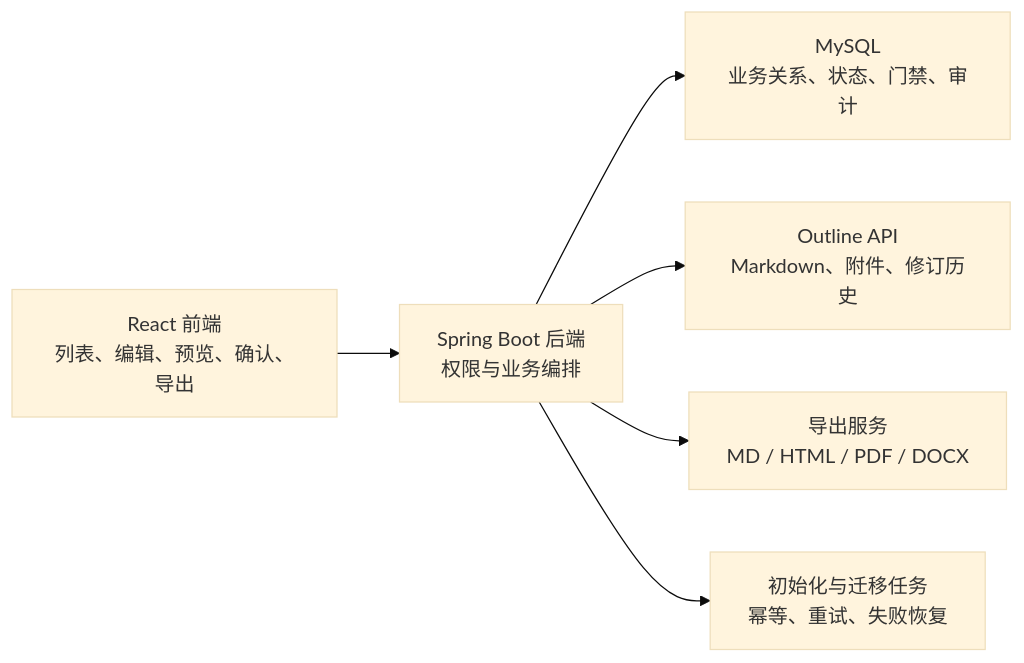
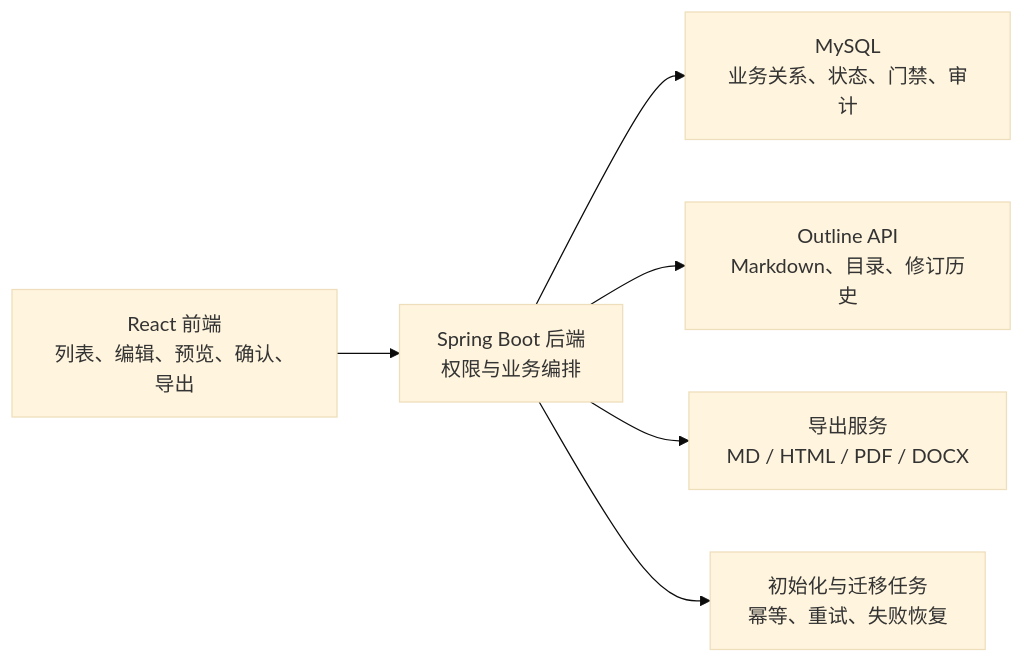
Before and after one commit to dogekul/haleakala: the diagram in docs/superpowers/specs/2026-07-16-outline-document-center-design.md, drawn with Mermaid (base theme). The commit also changed other lines of this file and 45 other files, not shown here.

````diff
--- a/docs/superpowers/specs/2026-07-16-outline-document-center-design.md
+++ b/docs/superpowers/specs/2026-07-16-outline-document-center-design.md
@@ -36,8 +36,8 @@
 ```mermaid
 flowchart LR
     UI["React 前端<br/>列表、编辑、预览、确认、导出"] --> API["Spring Boot 后端<br/>权限与业务编排"]
     API --> MYSQL["MySQL<br/>业务关系、状态、门禁、审计"]
-    API --> OUTLINE["Outline API<br/>Markdown、附件、修订历史"]
+    API --> OUTLINE["Outline API<br/>Markdown、目录、修订历史"]
     API --> EXPORT["导出服务<br/>MD / HTML / PDF / DOCX"]
     API --> JOB["初始化与迁移任务<br/>幂等、重试、失败恢复"]
 ```
````
